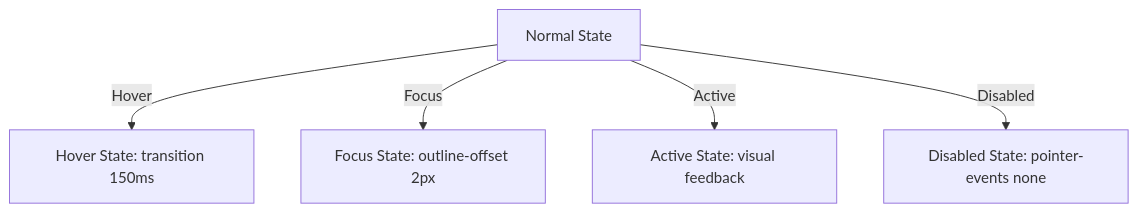
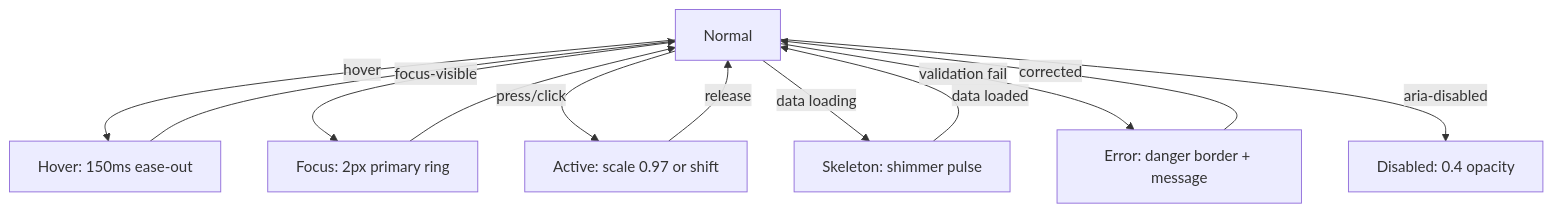
One commit to AkashShivanand/mosje changed the diagram in packages/design-system/design.md. Above: the diagram before and after it, drawn with Mermaid. The commit also changed other lines of this file and 9 other files, not shown here.

````diff
--- a/packages/design-system/design.md
+++ b/packages/design-system/design.md
@@ -56,7 +155,14 @@
 ```mermaid
 graph TD
-    Normal[Normal State] -->|Hover| Hover[Hover State: transition 150ms]
-    Normal -->|Focus| Focus[Focus State: outline-offset 2px]
-    Normal -->|Active| Active[Active State: visual feedback]
-    Normal -->|Disabled| Disabled[Disabled State: pointer-events none]
+    N[Normal] -->|hover| H[Hover: 150ms ease-out]
+    N -->|focus-visible| F[Focus: 2px primary ring]
+    N -->|press/click| A[Active: scale 0.97 or shift]
+    N -->|data loading| S[Skeleton: shimmer pulse]
+    N -->|validation fail| E[Error: danger border + message]
+    N -->|aria-disabled| D[Disabled: 0.4 opacity]
+    H --> N
+    F --> N
+    A -->|release| N
+    S -->|data loaded| N
+    E -->|corrected| N
 ```
````
